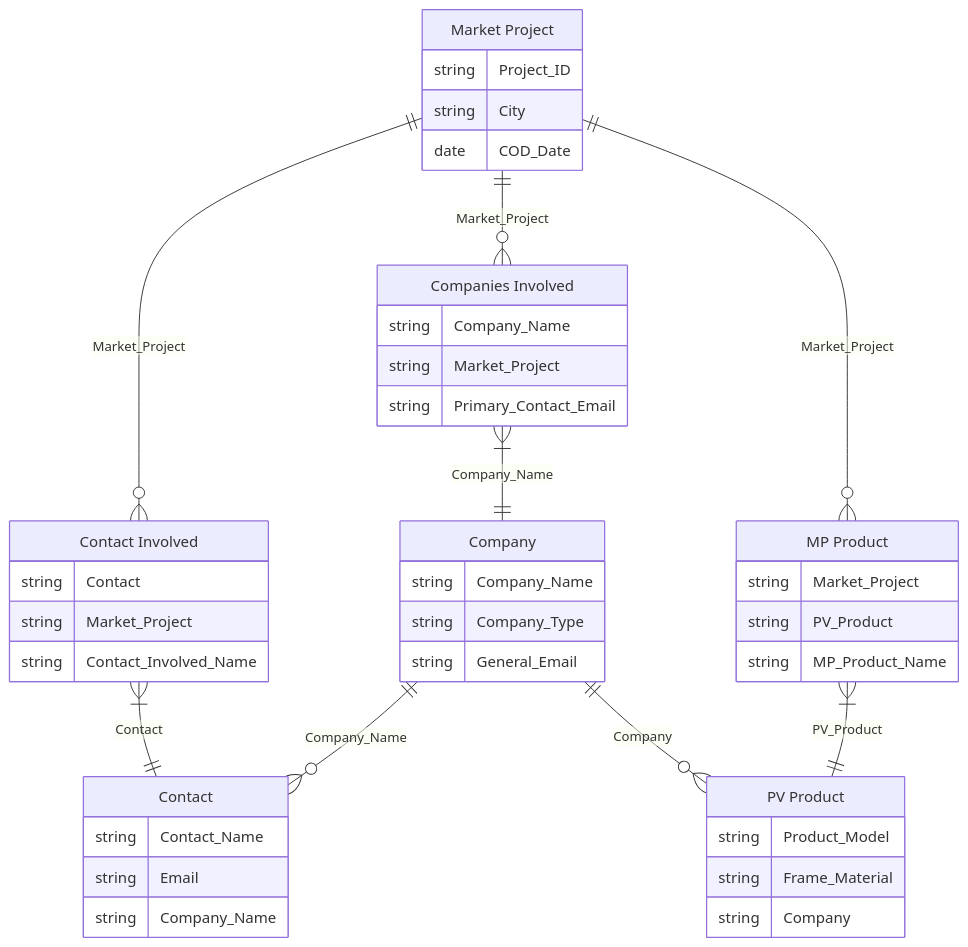
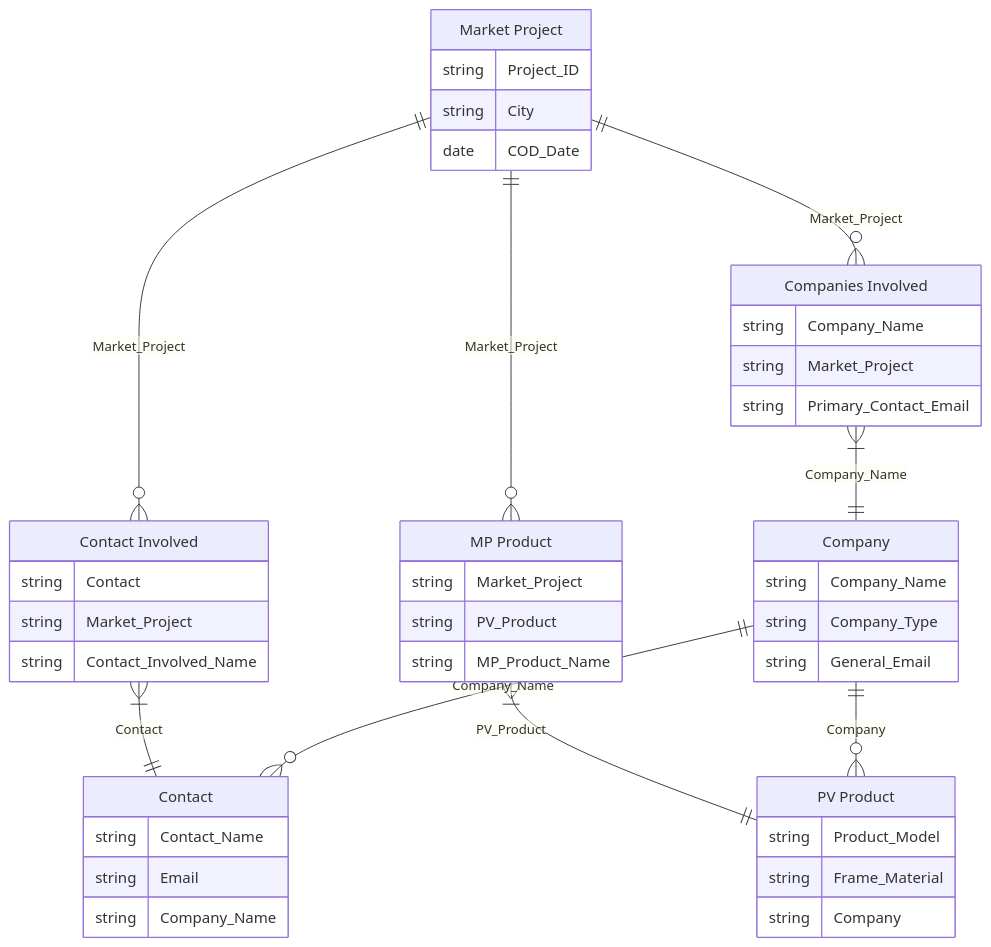
Before and after one commit to zhangziru-33/iodraw-files: the diagram in all/Norden数据E-R图(7个对象，+contact).md, drawn with Mermaid.

Commit message:
2025-12-04 15:20:45 update

````diff
--- a/all/Norden数据E-R图(7个对象，+contact).md
+++ b/all/Norden数据E-R图(7个对象，+contact).md
@@ -1,71 +1,63 @@
 ```mermaid
 erDiagram
-
-
-    %% -- 中间关联层最后声明，放在右侧/底部
+    %% ---------------------------------------------------------
+    %% 1. 实体定义 (内容不变)
+    %% ---------------------------------------------------------
     "Market Project" {
         string Project_ID
         string City
         date COD_Date
     }
-
     "Companies Involved" {
         string Company_Name
         string Market_Project
         string Primary_Contact_Email
     }
     "Contact Involved" {
         string Contact
         string Market_Project
         string Contact_Involved_Name
     }
     "MP Product" {
         string Market_Project
         string PV_Product
         string MP_Product_Name
     }
-    %% -- 核心主实体优先声明，放在左侧/顶部
     Company {
         string Company_Name
         string Company_Type
         string General_Email
     }
-   
-    %% -- 关联实体次之，围绕主实体排布
     Contact {
         string Contact_Name
         string Email
         string Company_Name
     }
     "PV Product" {
         string Product_Model
         string Frame_Material
         string Company
     }
 
-    
-    %% Company ||--o{ "PV Product" : "1对多（通过Company字段关联）"
-    
-    %% "Market Project" ||--o{ "Contact Involved" : "1对多（通过Market Project字段关联）"
-    %% "Contact Involved" }|--|| "Contact" : "1对多\n（通过Contact字段关联）"
-    %% %% Contact ||--o{ "Conatct Involved" : "1对多（通过Conatct字段关联）"
-    %% Company ||--o{ "Contact" : "1对多（通过Company Name关联）"
-    %% %% Company ||--o{ "Companies Involved" : "1对多（通过Company Name关联）"
-    %% "Companies Involved" }|--|| "Company" : "多对一（通过Contact字段关联）"
-    %% "Market Project" ||--o{ "Companies Involved" : "1对多（通过Master Project字段关联）"
-    
+    %% ---------------------------------------------------------
+    %% 2. 关系流向控制 (这是布局的关键！)
+    %% 逻辑顺序：Top -> Middle -> Bottom
+    %% ---------------------------------------------------------
 
-    %% "Market Project" ||--o{ "MP Product" : "1对多（通过Market Project字段关联）"
-    %% "MP Product" }|--|| "PV Product" : "1对多（通过PV Product字段关联）"
-    
+    %% === 第一层流向：从 Top (Market Project) 指向 Middle ===
+    %% 将 Market Project 放在左边，它是“根”，会定在最上方
+    "Market Project" ||--o{ "Companies Involved" : "Market_Project"
+    "Market Project" ||--o{ "Contact Involved" : "Market_Project"
+    "Market Project" ||--o{ "MP Product" : "Market_Project"
+
+    %% === 第二层流向：从 Middle 指向 Bottom ===
+    %% 这会让 Company 和 Contact 被“推”到图表下方
+    "Companies Involved" }|--|| "Company" : "Company_Name"
+    "Contact Involved" }|--|| "Contact" : "Contact"
+    "MP Product" }|--|| "PV Product" : "PV_Product"
+
+    %% === 第三层：Bottom 实体之间的横向关联 ===
+    %% 这些写在最后，避免干扰主干的上下层级
+    Company ||--o{ "Contact" : "Company_Name"
     Company ||--o{ "PV Product" : "Company"
-    "Market Project" ||--o{ "Contact Involved" : "Market_Project"
-    "Contact Involved" }|--|| "Contact" : "Contact"
-    Company ||--o{ "Contact" : "Company_Name" 
-    "Companies Involved" }|--|| "Company" : "Company_Name"
-    "Market Project" ||--o{ "Companies Involved" : "Market_Project"
-    "Market Project" ||--o{ "MP Product" : "Market_Project"
-    "MP Product" }|--|| "PV Product" : "PV_Product"
-   
-    
 ```
````
